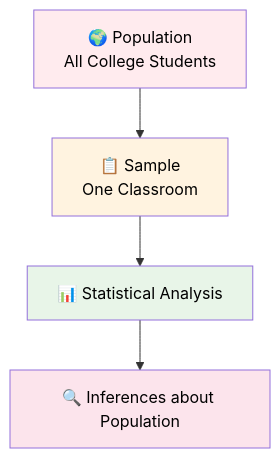
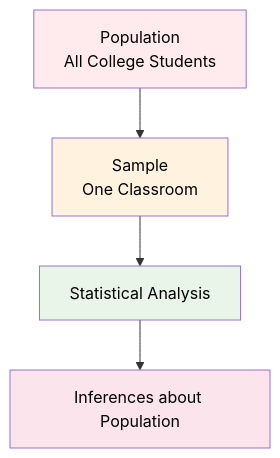
The second of 4 diagrams in README.md (siddharthkumarrai/Statics), drawn with Mermaid before and after one commit. The commit also changed other lines of this file, not shown here.

````diff
--- a/README.md
+++ b/README.md
@@ -65,11 +51,11 @@
 ```mermaid
 graph TD
-    A[🌍 Population<br/>All College Students] --> B[📋 Sample<br/>One Classroom]
-    B --> C[📊 Statistical Analysis]
-    C --> D[🔍 Inferences about Population]
+    A[Population<br/>All College Students] --> B[Sample<br/>One Classroom]
+    B --> C[Statistical Analysis]
+    C --> D[Inferences about Population]
 
     style A fill:#ffebee,color:#000
     style B fill:#fff3e0,color:#000
     style C fill:#e8f5e8,color:#000
     style D fill:#fce4ec,color:#000
 ```
````
